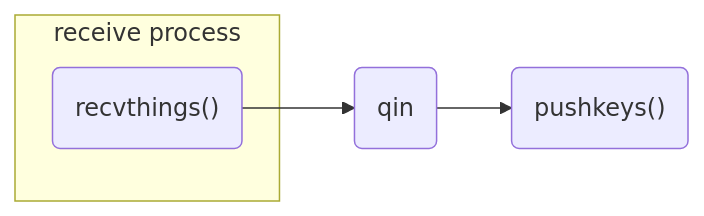
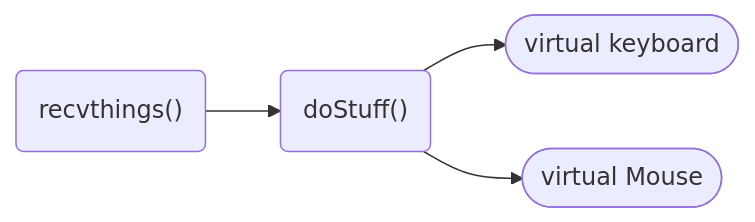
One commit to pxp888/keeb changed the second of 2 diagrams in README.md. Above: the diagram before and after it, drawn with Mermaid. The commit also changed other lines of this file and 1 other file, not shown here.

````diff
--- a/README.md
+++ b/README.md
@@ -63,15 +49,12 @@
 ```mermaid
 graph LR
+
 rcv("recvthings()")
-pk("pushkeys()")
+ds("doStuff()")
+ui([virtual keyboard])
+mi([virtual Mouse])
 
-qin(qin)
-
-rcv --> qin --> pk
-
-subgraph "receive process"
-    rcv
-end
+rcv --> ds --> ui & mi
 
 
 ```
````
